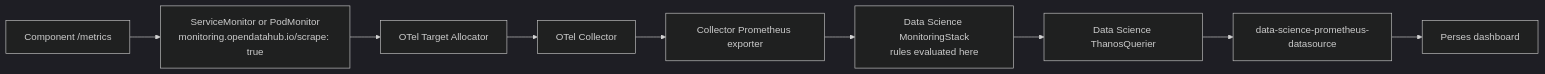
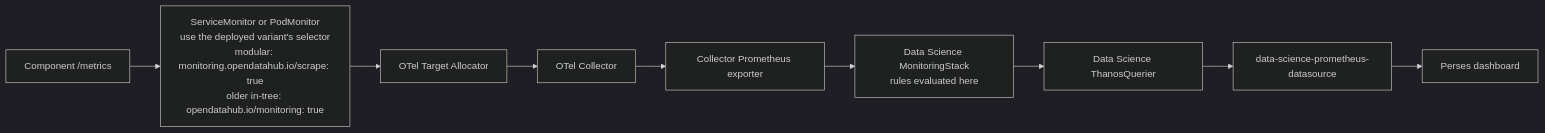
The diagram in architecture-decision-records/operator/ODH-ADR-Operator-0020-component-recording-rules-on-monitoringstack.md (opendatahub-io/architecture-decision-records), drawn with Mermaid (dark theme) before and after one commit.

Commit message:
docs(operator): name both selector variants in ADR diagram

````diff
--- a/architecture-decision-records/operator/ODH-ADR-Operator-0020-component-recording-rules-on-monitoringstack.md
+++ b/architecture-decision-records/operator/ODH-ADR-Operator-0020-component-recording-rules-on-monitoringstack.md
@@ -80,11 +80,11 @@
 ```mermaid
 graph LR
-    A[Component /metrics] --> B[ServiceMonitor or PodMonitor<br/>monitoring.opendatahub.io/scrape: true]
+    A[Component /metrics] --> B[ServiceMonitor or PodMonitor<br/>use the deployed variant's selector<br/>modular: monitoring.opendatahub.io/scrape: true<br/>older in-tree: opendatahub.io/monitoring: true]
     B --> C[OTel Target Allocator]
     C --> D[OTel Collector]
     D --> E[Collector Prometheus exporter]
     E --> F[Data Science MonitoringStack<br/>rules evaluated here]
     F --> G[Data Science ThanosQuerier]
     G --> H[data-science-prometheus-datasource]
     H --> I[Perses dashboard]
 ```
````
